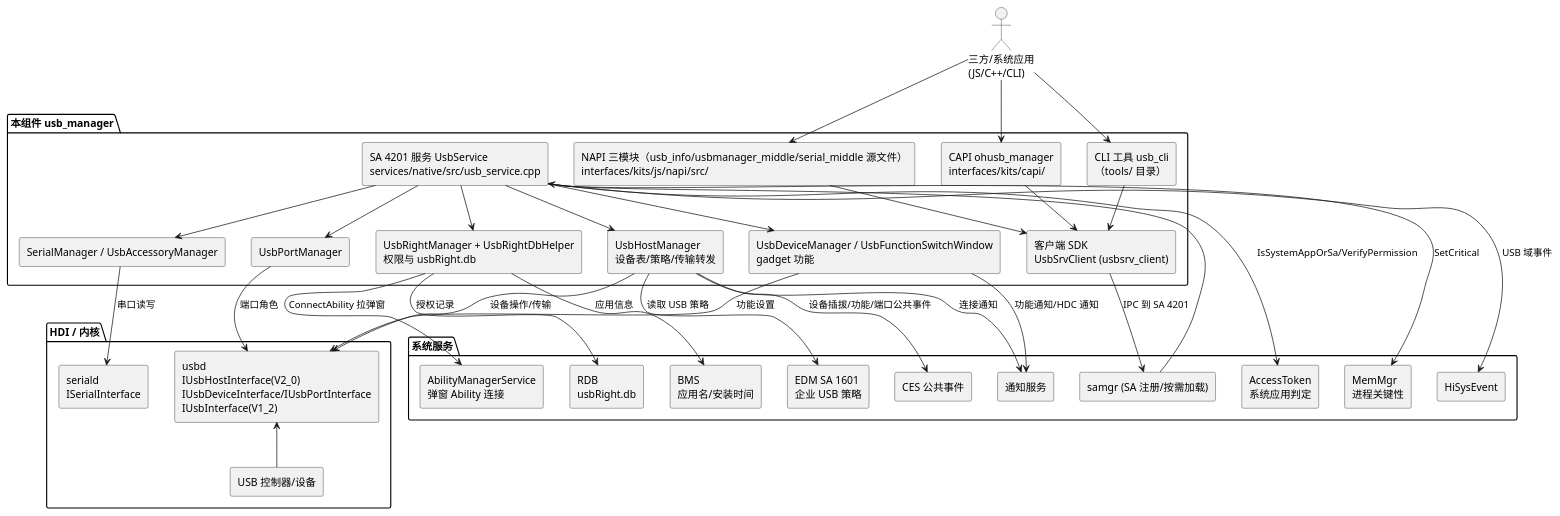
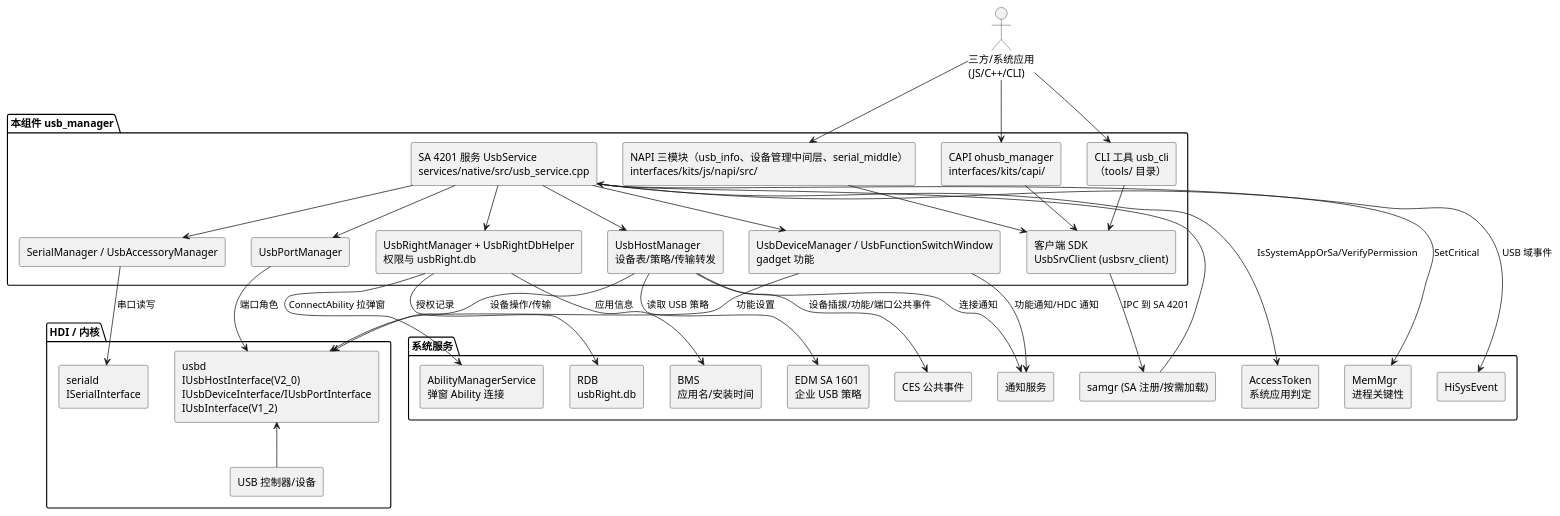
Before and after one commit to eclipse-oniro-mirrors/busmanager_usb_manager: the diagram in docs/knowledge/business-context.md, drawn with PlantUML. The commit also changed other lines of this file and 2 other files, not shown here.

Commit message:
usb新增AI知识库-修正usbmanager词边界命中
检查器按非字母数字（含下划线）分词：usbmanager_middle 拆为 usbmanager 仍命中。改为功能描述（设备管理中间层）+ 目录指针（interfaces/kits/js/napi/src/），共 5 处。

````diff
--- a/docs/knowledge/business-context.md
+++ b/docs/knowledge/business-context.md
@@ -33,67 +33,67 @@
 ```plantuml
 @startuml
 skinparam componentStyle rectangle
 actor "三方/系统应用\n(JS/C++/CLI)" as App
 
 package "本组件 usb_manager" {
-  component "NAPI 三模块（usb_info/usbmanager_middle/serial_middle 源文件）\ninterfaces/kits/js/napi/src/" as Napi
+  component "NAPI 三模块（usb_info、设备管理中间层、serial_middle）\ninterfaces/kits/js/napi/src/" as Napi
   component "CAPI ohusb_manager\ninterfaces/kits/capi/" as Capi
   component "客户端 SDK\nUsbSrvClient (usbsrv_client)" as Client
   component "SA 4201 服务 UsbService\nservices/native/src/usb_service.cpp" as SA
   component "UsbHostManager\n设备表/策略/传输转发" as Host
   component "UsbDeviceManager / UsbFunctionSwitchWindow\ngadget 功能" as Device
   component "UsbPortManager" as Port
   component "UsbRightManager + UsbRightDbHelper\n权限与 usbRight.db" as Right
   component "SerialManager / UsbAccessoryManager" as SerialAcc
   component "CLI 工具 usb_cli\n（tools/ 目录）" as Cli
 }
 
 package "系统服务" {
   component "samgr (SA 注册/按需加载)" as Samgr
   component "AbilityManagerService\n弹窗 Ability 连接" as AbilityManagerService
   component "BMS\n应用名/安装时间" as Bms
   component "AccessToken\n系统应用判定" as At
   component "CES 公共事件" as Ces
   component "通知服务" as Notif
   component "EDM SA 1601\n企业 USB 策略" as Edm
   component "MemMgr\n进程关键性" as Mem
   component "HiSysEvent" as Dfx
   component "RDB\nusbRight.db" as Rdb
 }
 
 package "HDI / 内核" {
   component "usbd\nIUsbHostInterface(V2_0)\nIUsbDeviceInterface/IUsbPortInterface\nIUsbInterface(V1_2)" as Usbd
   component "seriald\nISerialInterface" as Seriald
   component "USB 控制器/设备" as Hw
 }
 
 App --> Napi
 App --> Capi
 App --> Cli
 Napi --> Client
 Capi --> Client
 Cli --> Client
 Client --> Samgr : IPC 到 SA 4201
 Samgr --> SA
 SA --> Host
 SA --> Device
 SA --> Port
 SA --> Right
 SA --> SerialAcc
 Host --> Usbd : 设备操作/传输
 Device --> Usbd : 功能设置
 Port --> Usbd : 端口角色
 SerialAcc --> Seriald : 串口读写
 Right --> Rdb : 授权记录
 Right --> AbilityManagerService : ConnectAbility 拉弹窗
 Right --> Bms : 应用信息
 SA --> At : IsSystemAppOrSa/VerifyPermission
 Host --> Edm : 读取 USB 策略
 Host --> Ces : 设备插拔/功能/端口公共事件
 Host --> Notif : 连接通知
 Device --> Notif : 功能通知/HDC 通知
 SA --> Mem : SetCritical
 SA --> Dfx : USB 域事件
 Usbd <-- Hw
 @enduml
 ```
````
